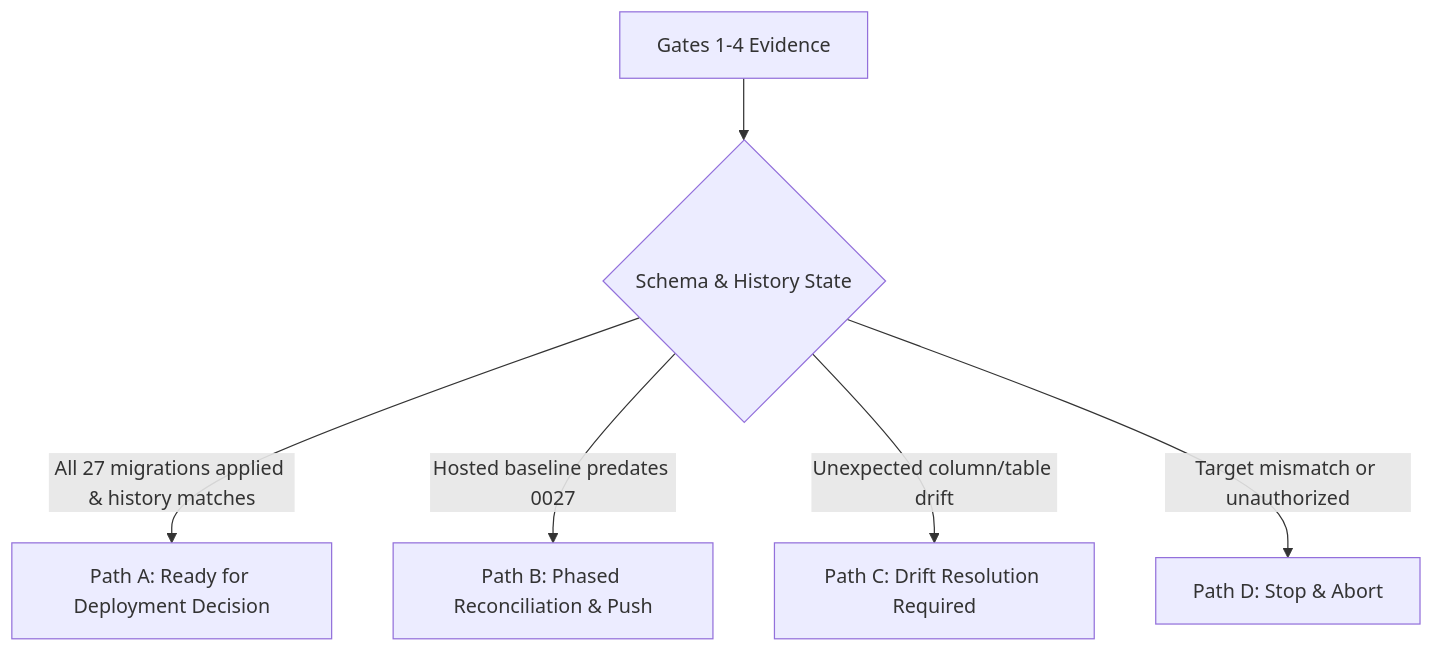
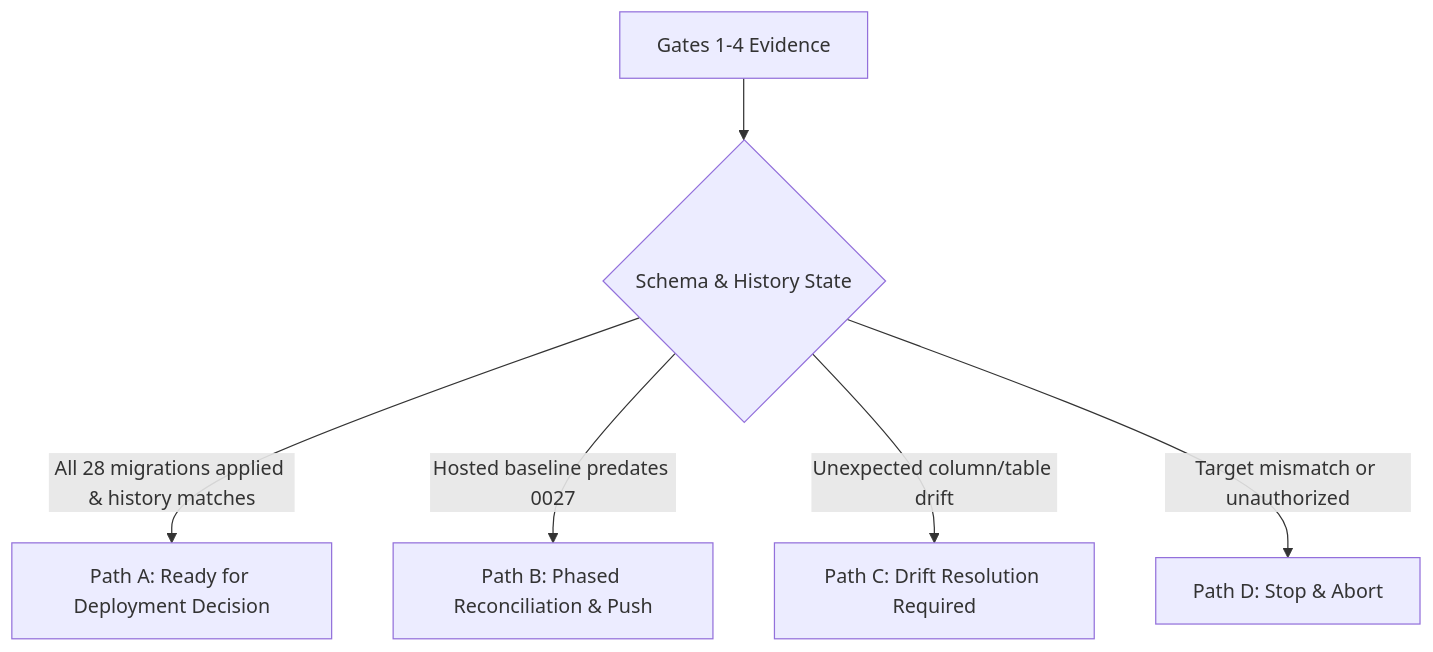
Before and after one commit to acmis1/capstone-impact-platform: the diagram in infra/supabase/staging-reconciliation-runbook.md, drawn with Mermaid. The commit also changed other lines of this file and 36 other files, not shown here.

````diff
--- a/infra/supabase/staging-reconciliation-runbook.md
+++ b/infra/supabase/staging-reconciliation-runbook.md
@@ -142,8 +142,8 @@
 ```mermaid
 flowchart TD
     G[Gates 1-4 Evidence] --> C{Schema & History State}
-    C -->|All 27 migrations applied & history matches| PA[Path A: Ready for Deployment Decision]
+    C -->|All 28 migrations applied & history matches| PA[Path A: Ready for Deployment Decision]
     C -->|Hosted baseline predates 0027| PB[Path B: Phased Reconciliation & Push]
     C -->|Unexpected column/table drift| PC[Path C: Drift Resolution Required]
     C -->|Target mismatch or unauthorized| PD[Path D: Stop & Abort]
 ```
````
